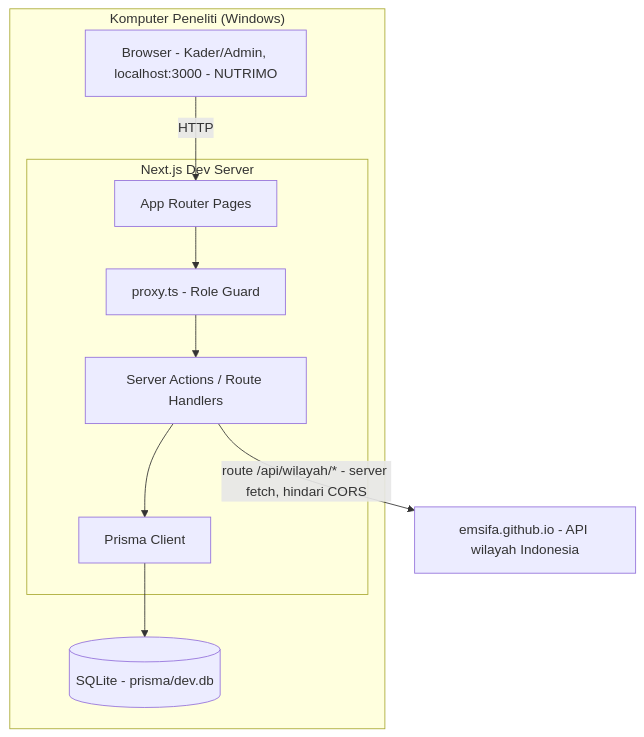
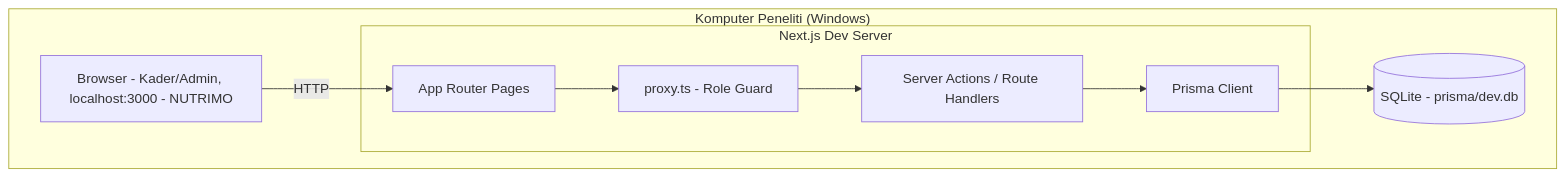
Before and after one commit to Makipak/pakanBayi: the first of 4 diagrams in architecture.md, drawn with Mermaid. The commit also changed other lines of this file and 26 other files, not shown here.

````diff
--- a/architecture.md
+++ b/architecture.md
@@ -26,21 +29,19 @@
 ```mermaid
 graph TD
     subgraph "Komputer Peneliti (Windows)"
         A[Browser - Kader/Admin, localhost:3000 - NUTRIMO]
         subgraph "Next.js Dev Server"
             B[App Router Pages]
             C[Server Actions / Route Handlers]
             D[proxy.ts - Role Guard]
             E[Prisma Client]
         end
         F[(SQLite - prisma/dev.db)]
     end
-    G[emsifa.github.io - API wilayah Indonesia]
 
     A -->|HTTP| B
     B --> D
     D --> C
     C --> E
     E --> F
-    C -->|route /api/wilayah/* - server fetch, hindari CORS| G
 ```
````
